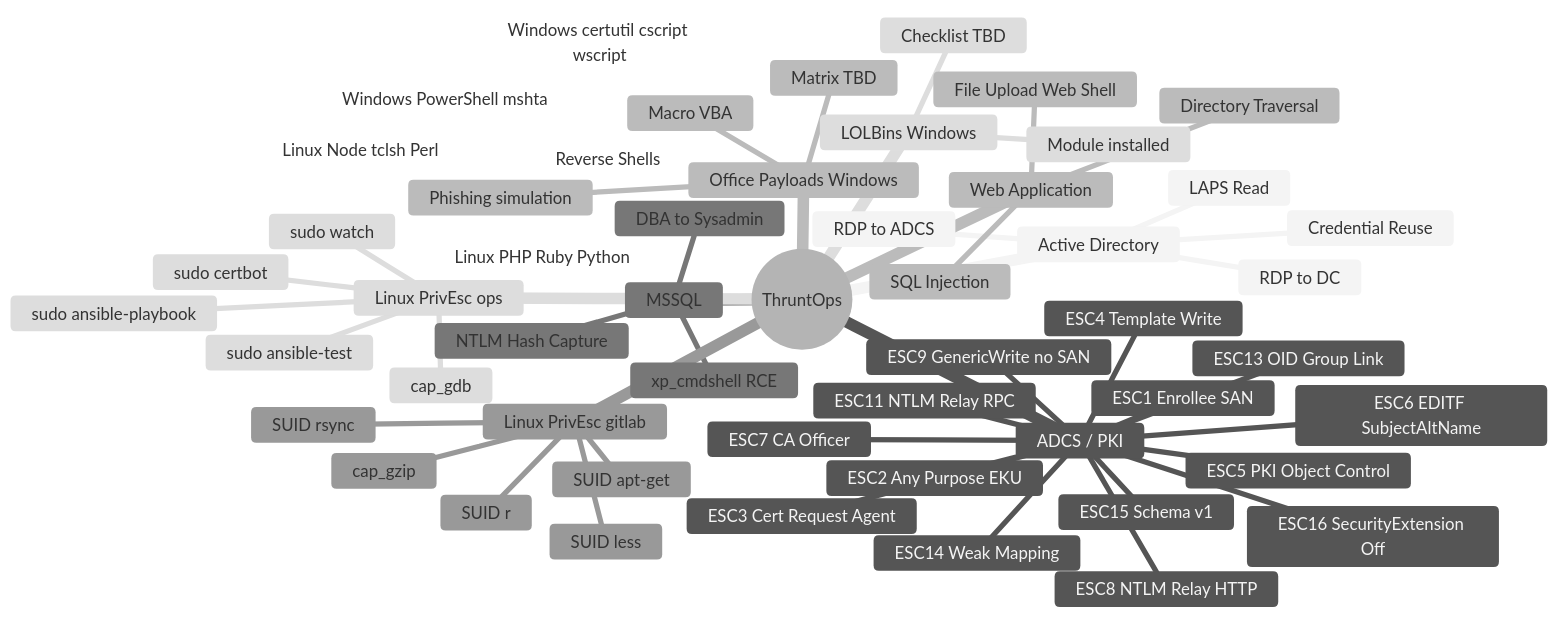
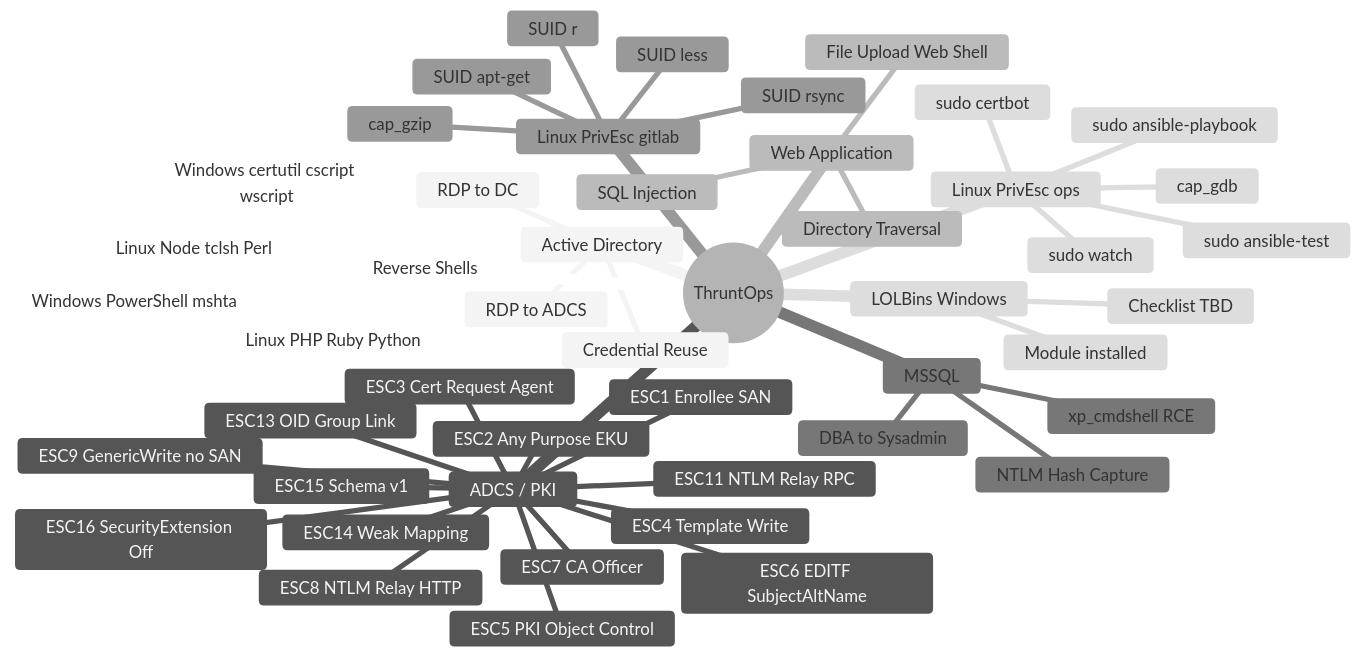
One commit to enonethreezed/ThruntOps changed the diagram in docs/coverage.md. Above: the diagram before and after it, drawn with Mermaid (neutral theme). The commit also changed other lines of this file and 3 other files, not shown here.

First line of the commit message:
docs: remove Office vulnerabilities from the lab roadmap

````diff
--- a/docs/coverage.md
+++ b/docs/coverage.md
@@ -18,56 +18,51 @@
 ```mermaid
 mindmap
   root((ThruntOps))
     Active Directory
       Credential Reuse
       RDP to DC
-      LAPS Read
       RDP to ADCS
     ADCS / PKI
       ESC1 Enrollee SAN
       ESC2 Any Purpose EKU
       ESC3 Cert Request Agent
       ESC4 Template Write
       ESC5 PKI Object Control
       ESC6 EDITF SubjectAltName
       ESC7 CA Officer
       ESC8 NTLM Relay HTTP
       ESC9 GenericWrite no SAN
       ESC11 NTLM Relay RPC
       ESC13 OID Group Link
       ESC14 Weak Mapping
       ESC15 Schema v1
       ESC16 SecurityExtension Off
     Web Application
       SQL Injection
       File Upload Web Shell
       Directory Traversal
     MSSQL
       xp_cmdshell RCE
       NTLM Hash Capture
       DBA to Sysadmin
     Linux PrivEsc gitlab
       SUID r
       SUID apt-get
       SUID less
       SUID rsync
       cap_gzip
     Linux PrivEsc ops
       sudo ansible-playbook
       sudo ansible-test
       sudo certbot
       sudo watch
       cap_gdb
     Reverse Shells
       Linux PHP Ruby Python
       Linux Node tclsh Perl
       Windows PowerShell mshta
       Windows certutil cscript wscript
     LOLBins Windows
       Module installed
       Checklist TBD
-    Office Payloads Windows
-      Macro VBA
-      Phishing simulation
-      Matrix TBD
 ```
````
